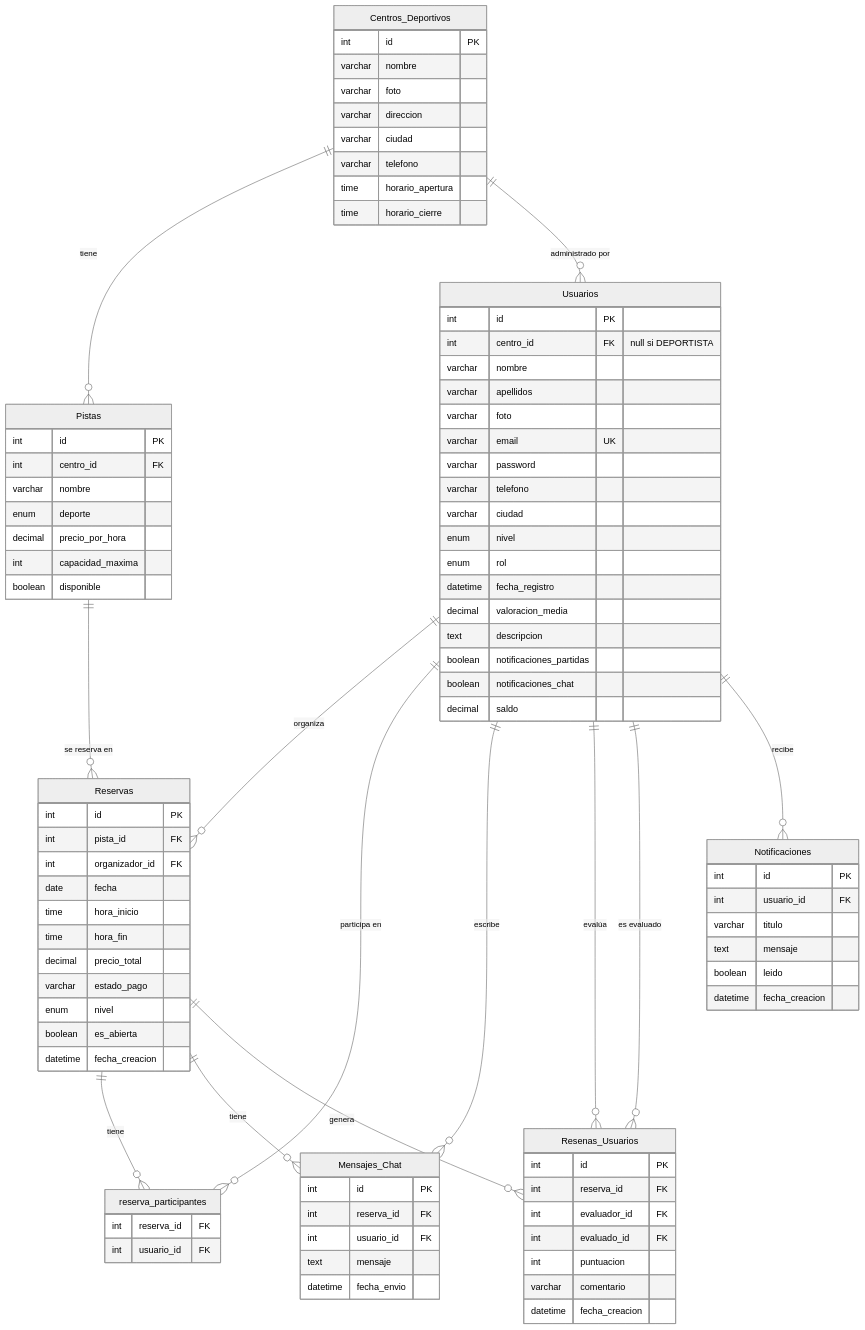
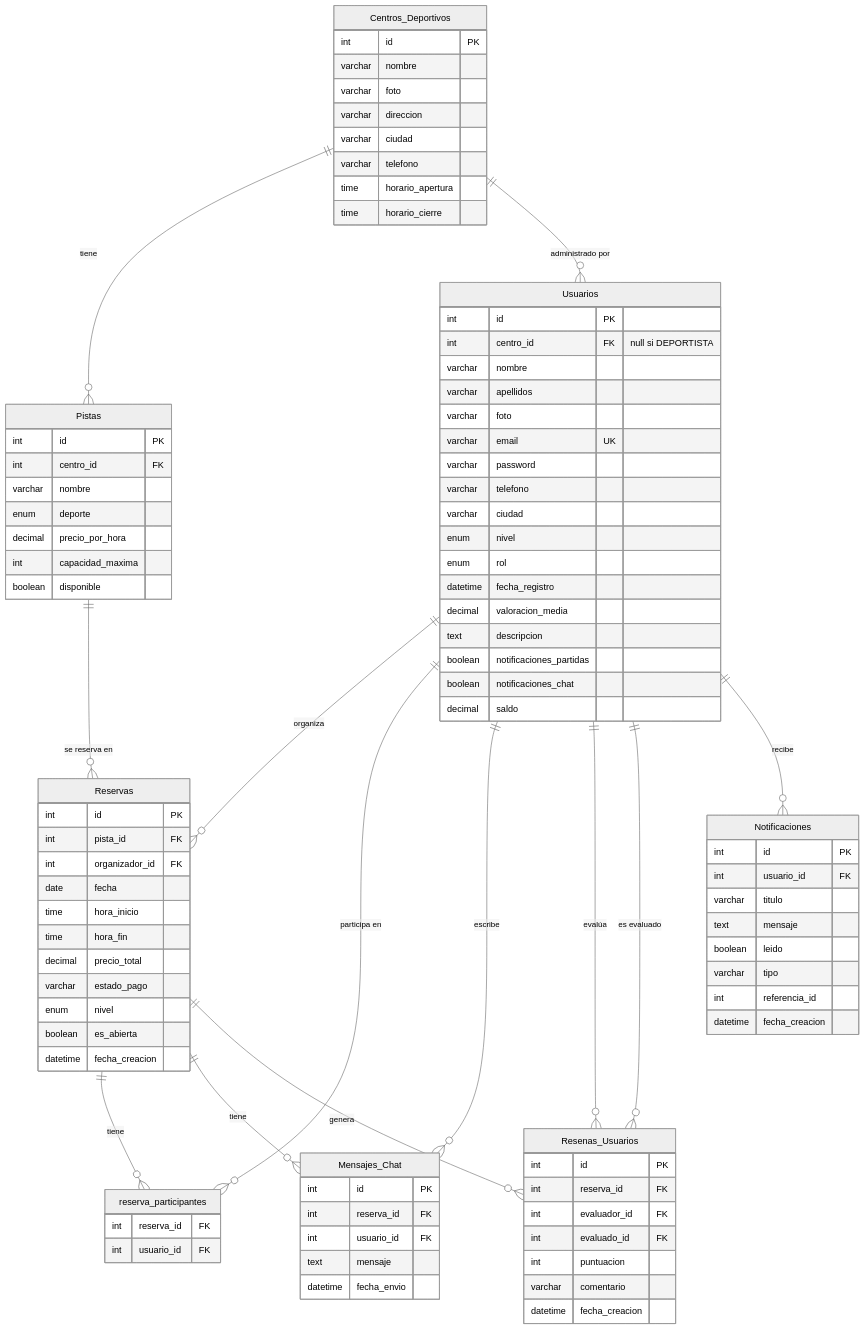
Before and after one commit to ajm68-ua/tfgReservasDeportivas: the diagram in README.md, drawn with Mermaid (neutral theme). The commit also changed 2 other files, not shown here.

Commit message:
Modificado readme con el modelo para aceptar diferencias entre notificaciones

```diff
--- a/README.md
+++ b/README.md
@@ -101,6 +101,8 @@
         varchar titulo
         text mensaje
         boolean leido
+        varchar tipo
+        int referencia_id
         datetime fecha_creacion
     }
 
```
